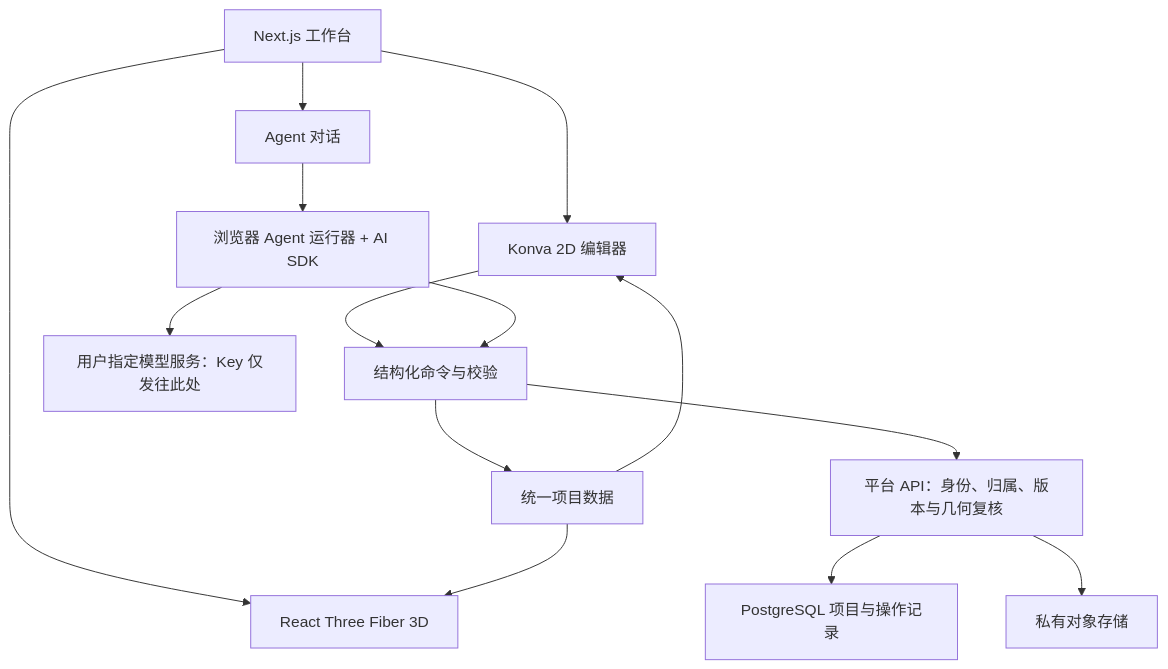
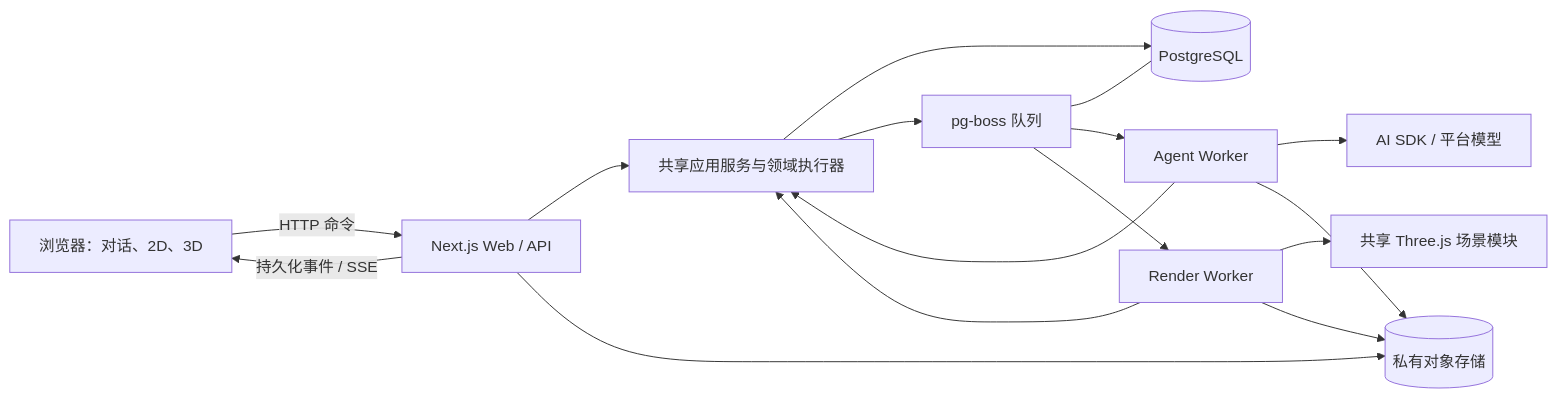
One commit to Olsondy/hestia changed the diagram in docs/web-stack.md. Above: the diagram before and after it, drawn with Mermaid. The commit also changed other lines of this file and 355 other files, not shown here.

````diff
--- a/docs/web-stack.md
+++ b/docs/web-stack.md
@@ -41,16 +48,18 @@
 ```mermaid
-flowchart TD
-  UI[Next.js 工作台] --> Editor[Konva 2D 编辑器]
-  UI --> Viewer[React Three Fiber 3D]
-  UI --> Chat[Agent 对话]
-  Editor --> Commands[结构化命令与校验]
-  Chat --> Runner[浏览器 Agent 运行器 + AI SDK]
-  Runner --> Provider[用户指定模型服务：Key 仅发往此处]
-  Runner --> Commands
-  Commands --> Domain[统一项目数据]
-  Domain --> Editor
-  Domain --> Viewer
-  Commands --> API[平台 API：身份、归属、版本与几何复核]
-  API --> DB[PostgreSQL 项目与操作记录]
-  API --> Files[私有对象存储]
+flowchart LR
+  Browser[浏览器：对话、2D、3D] -->|HTTP 命令| Web[Next.js Web / API]
+  Web -->|持久化事件 / SSE| Browser
+  Web --> App[共享应用服务与领域执行器]
+  App --> DB[(PostgreSQL)]
+  App --> Queue[pg-boss 队列]
+  Queue --- DB
+  Queue --> Agent[Agent Worker]
+  Agent --> Models[AI SDK / 平台模型]
+  Agent --> App
+  Queue --> Render[Render Worker]
+  Render --> Scene[共享 Three.js 场景模块]
+  Render --> App
+  Web --> Files[(私有对象存储)]
+  Agent --> Files
+  Render --> Files
 ```
````
